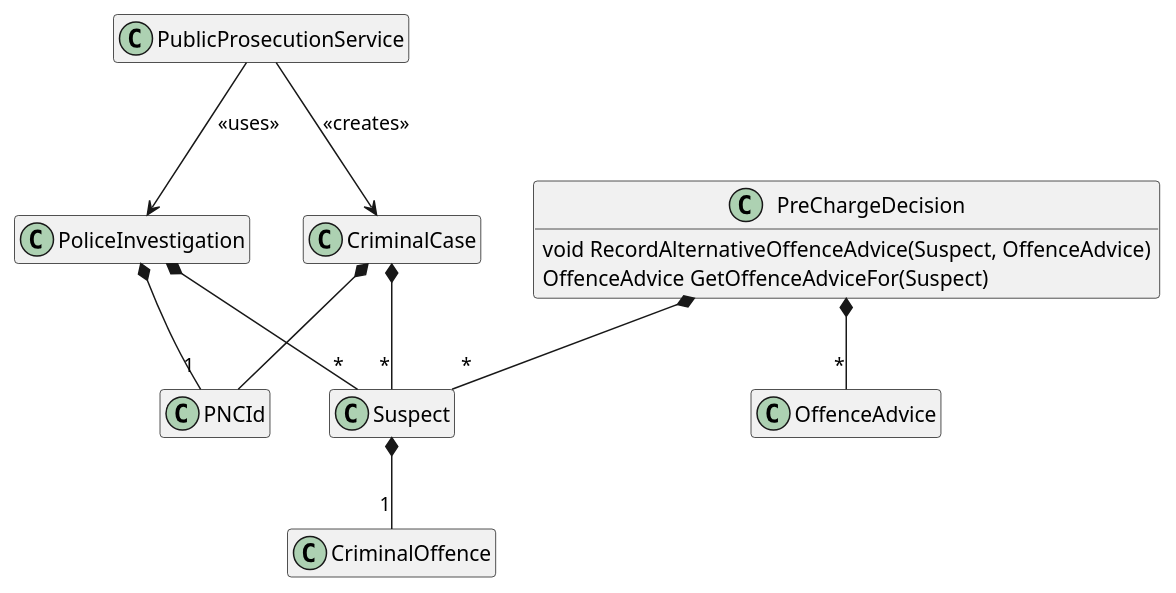
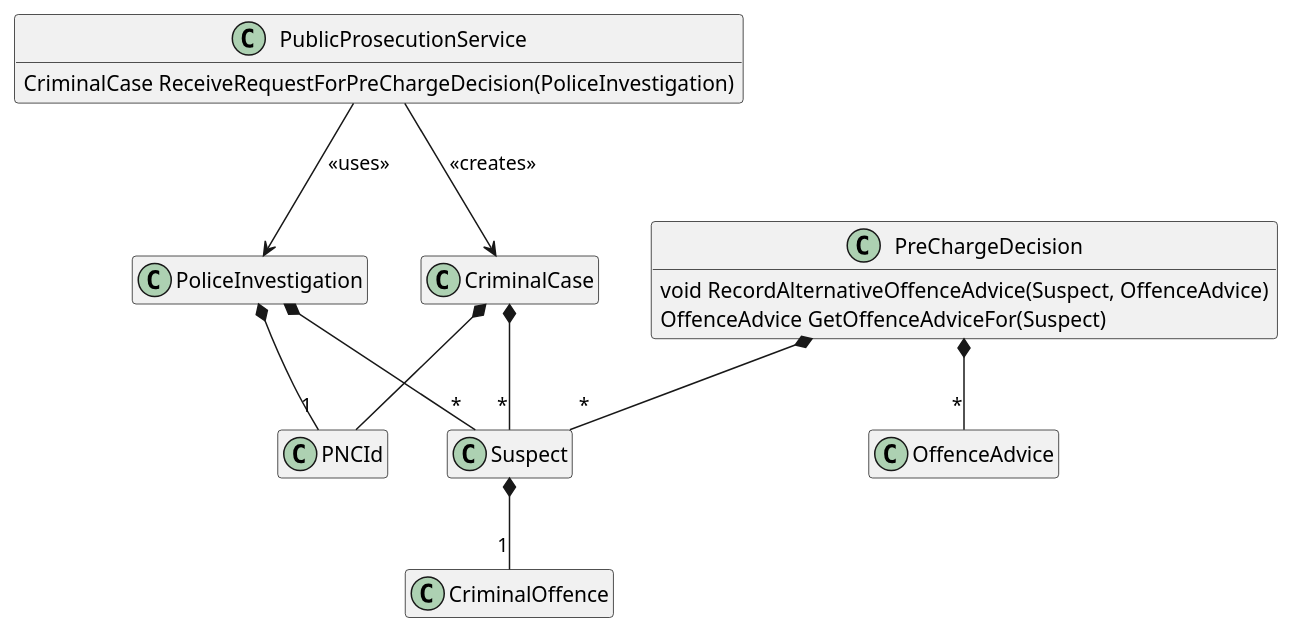
The diagram in docs/Domain-Model.puml (sswietoniowski/learning-csharp-domain-driven-desing-first-steps), drawn with PlantUML before and after one commit.

```diff
--- a/docs/Domain-Model.puml
+++ b/docs/Domain-Model.puml
@@ -1,50 +1,51 @@
 @startuml Public Prosecution Service
 
 hide empty members
 hide empty methods
 
 class CriminalCase {
 }
 
 class CriminalOffence {
 }
 
 class PNCId {
 }
 
 class PoliceInvestigation {
 }
 
 class PreChargeDecision {
     void RecordAlternativeOffenceAdvice(Suspect, OffenceAdvice)
     OffenceAdvice GetOffenceAdviceFor(Suspect)
 }
 
 class OffenceAdvice {
 }
 
 class Suspect    {
 }
 
 class PublicProsecutionService {
+    CriminalCase ReceiveRequestForPreChargeDecision(PoliceInvestigation)
 }
 
 Suspect *-- "1" CriminalOffence
 
 PoliceInvestigation *-- "*" Suspect
 
 PoliceInvestigation *-- "1" PNCId
 
 PreChargeDecision *-- "*" Suspect
 
 PreChargeDecision *-- "*" OffenceAdvice
 
 CriminalCase *-- PNCId
 
 CriminalCase *-- "*" Suspect
 
 PublicProsecutionService --> CriminalCase : <<creates>>
 
 PublicProsecutionService --> PoliceInvestigation : <<uses>>
 
 @enduml
```
